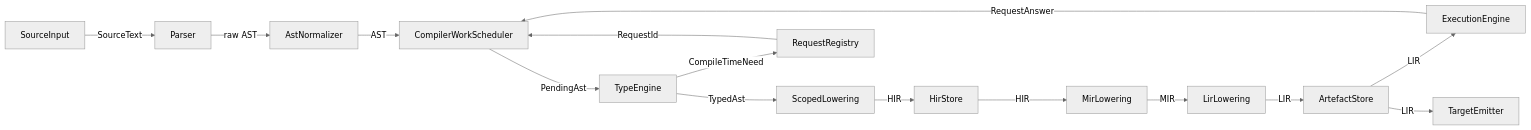
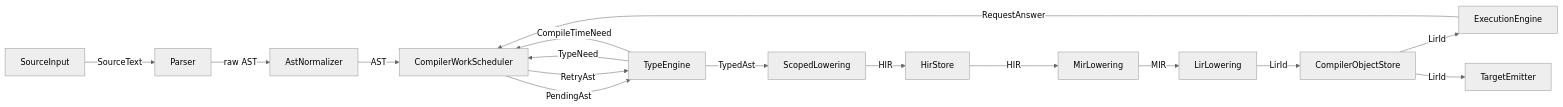
Before and after one commit to JakkuSakura/FerroPhase: the diagram in docs/Pipeline.md, drawn with Mermaid (neutral theme). The commit also changed other lines of this file and 26 other files, not shown here.

First line of the commit message:
feat(compiler): add CompilerScheduler with LIFO stack and blocking support

````diff
--- a/docs/Pipeline.md
+++ b/docs/Pipeline.md
@@ -13,17 +13,18 @@
 ```mermaid
 flowchart LR
     SourceInput[SourceInput] -->|SourceText| Parser[Parser]
     Parser -->|raw AST| AstNormalizer[AstNormalizer]
     AstNormalizer -->|AST| CompilerWorkScheduler[CompilerWorkScheduler]
     CompilerWorkScheduler -->|PendingAst| TypeEngine[TypeEngine]
     TypeEngine -->|TypedAst| ScopedLowering[ScopedLowering]
-    TypeEngine -->|CompileTimeNeed| RequestRegistry[RequestRegistry]
-    RequestRegistry -->|RequestId| CompilerWorkScheduler
+    TypeEngine -->|TypeNeed| CompilerWorkScheduler
+    TypeEngine -->|CompileTimeNeed| CompilerWorkScheduler
     ScopedLowering -->|HIR| HirStore[HirStore]
     HirStore -->|HIR| MirLowering[MirLowering]
     MirLowering -->|MIR| LirLowering[LirLowering]
-    LirLowering -->|LIR| ArtefactStore[ArtefactStore]
-    ArtefactStore -->|LIR| ExecutionEngine[ExecutionEngine]
+    LirLowering -->|LirId| CompilerObjectStore[CompilerObjectStore]
+    CompilerObjectStore -->|LirId| ExecutionEngine[ExecutionEngine]
     ExecutionEngine -->|RequestAnswer| CompilerWorkScheduler
-    ArtefactStore -->|LIR| TargetEmitter[TargetEmitter]
+    CompilerWorkScheduler -->|RetryAst| TypeEngine
+    CompilerObjectStore -->|LirId| TargetEmitter[TargetEmitter]
 ```
````
